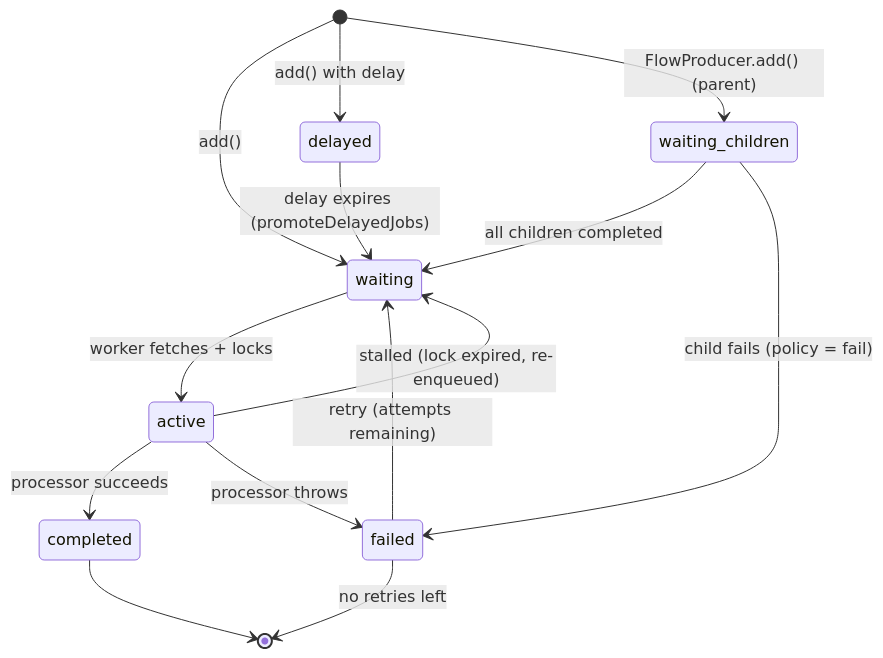
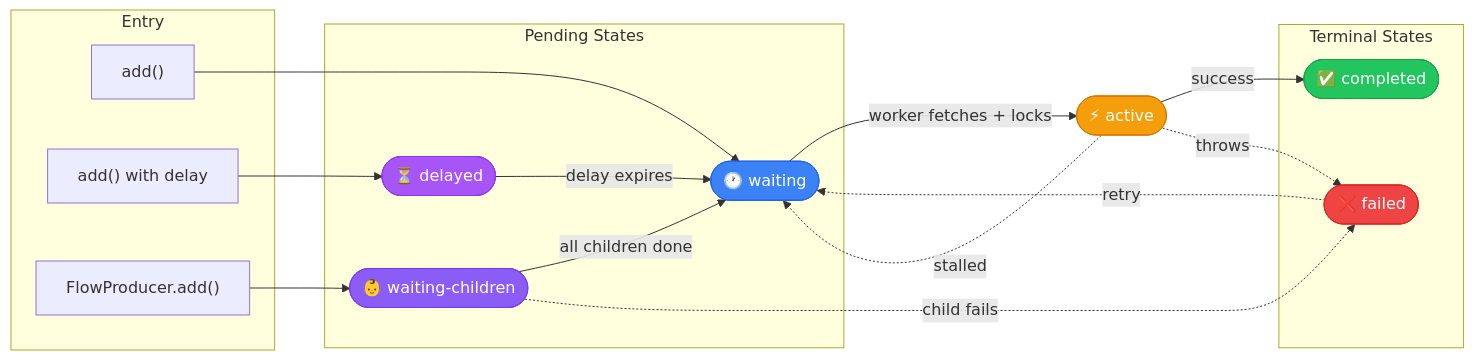
Before and after one commit to eyolas/conveyor: the first of 2 diagrams in docs/concepts/job-lifecycle.md, drawn with Mermaid. The commit also changed other lines of this file and 3 other files, not shown here.

First line of the commit message:
docs: add Mermaid support and improve lifecycle diagrams

````diff
--- a/docs/concepts/job-lifecycle.md
+++ b/docs/concepts/job-lifecycle.md
@@ -22,22 +22,44 @@
 ```mermaid
-stateDiagram-v2
-    [*] --> waiting : add()
-    [*] --> delayed : add() with delay
-    [*] --> waiting_children : FlowProducer.add() (parent)
+flowchart LR
+    subgraph Entry
+        add["add()"]
+        addDelay["add() with delay"]
+        flow["FlowProducer.add()"]
+    end
 
-    delayed --> waiting : delay expires (promoteDelayedJobs)
+    subgraph Pending["Pending States"]
+        waiting([🕐 waiting])
+        delayed([⏳ delayed])
+        waitChildren([👶 waiting-children])
+    end
 
-    waiting_children --> waiting : all children completed
-    waiting_children --> failed : child fails (policy = fail)
+    active([⚡ active])
 
-    waiting --> active : worker fetches + locks
+    subgraph Terminal["Terminal States"]
+        completed([✅ completed])
+        failed([❌ failed])
+    end
 
-    active --> completed : processor succeeds
-    active --> failed : processor throws
-    active --> waiting : stalled (lock expired, re-enqueued)
+    add --> waiting
+    addDelay --> delayed
+    flow --> waitChildren
 
-    failed --> waiting : retry (attempts remaining)
-    failed --> [*] : no retries left
+    delayed -- "delay expires" --> waiting
+    waitChildren -- "all children done" --> waiting
+    waitChildren -. "child fails" .-> failed
 
-    completed --> [*]
+    waiting -- "worker fetches + locks" --> active
+
+    active -- "success" --> completed
+    active -. "throws" .-> failed
+    active -. "stalled" .-> waiting
+
+    failed -. "retry" .-> waiting
+
+    style waiting fill:#3b82f6,color:#fff,stroke:#2563eb
+    style delayed fill:#a855f7,color:#fff,stroke:#9333ea
+    style waitChildren fill:#8b5cf6,color:#fff,stroke:#7c3aed
+    style active fill:#f59e0b,color:#fff,stroke:#d97706
+    style completed fill:#22c55e,color:#fff,stroke:#16a34a
+    style failed fill:#ef4444,color:#fff,stroke:#dc2626
 ```
````
